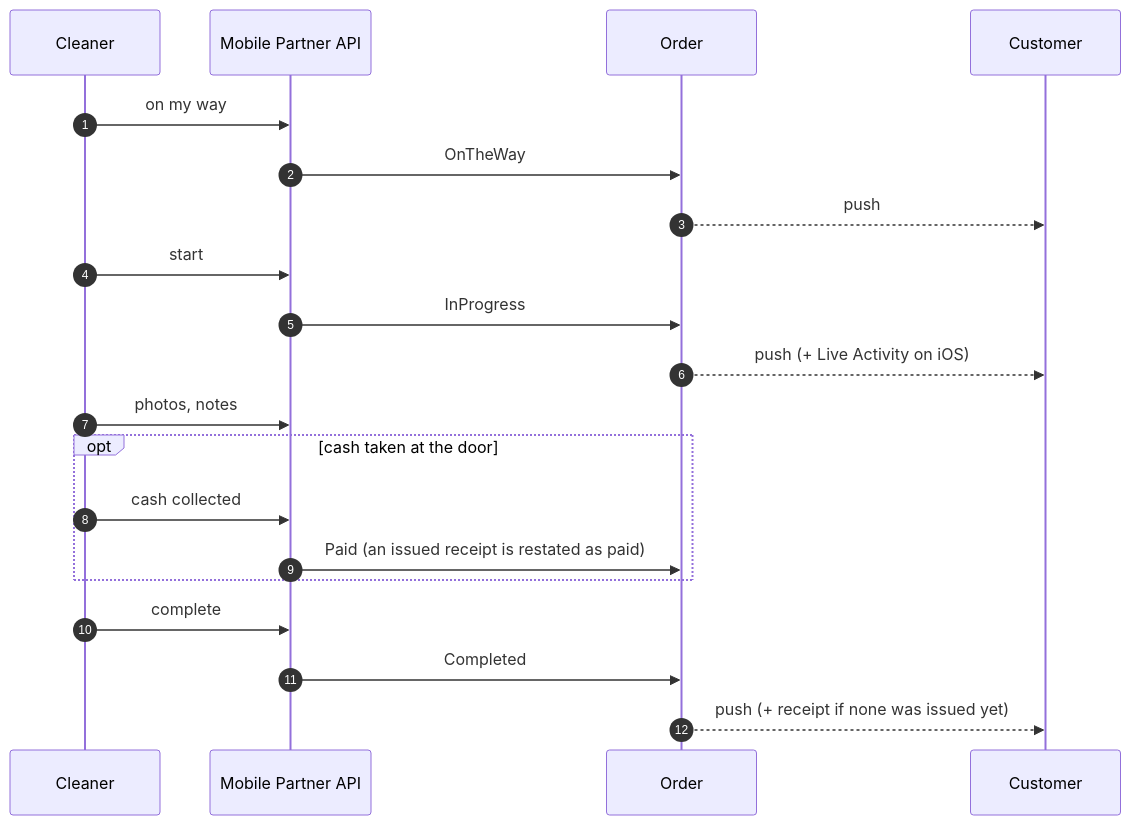
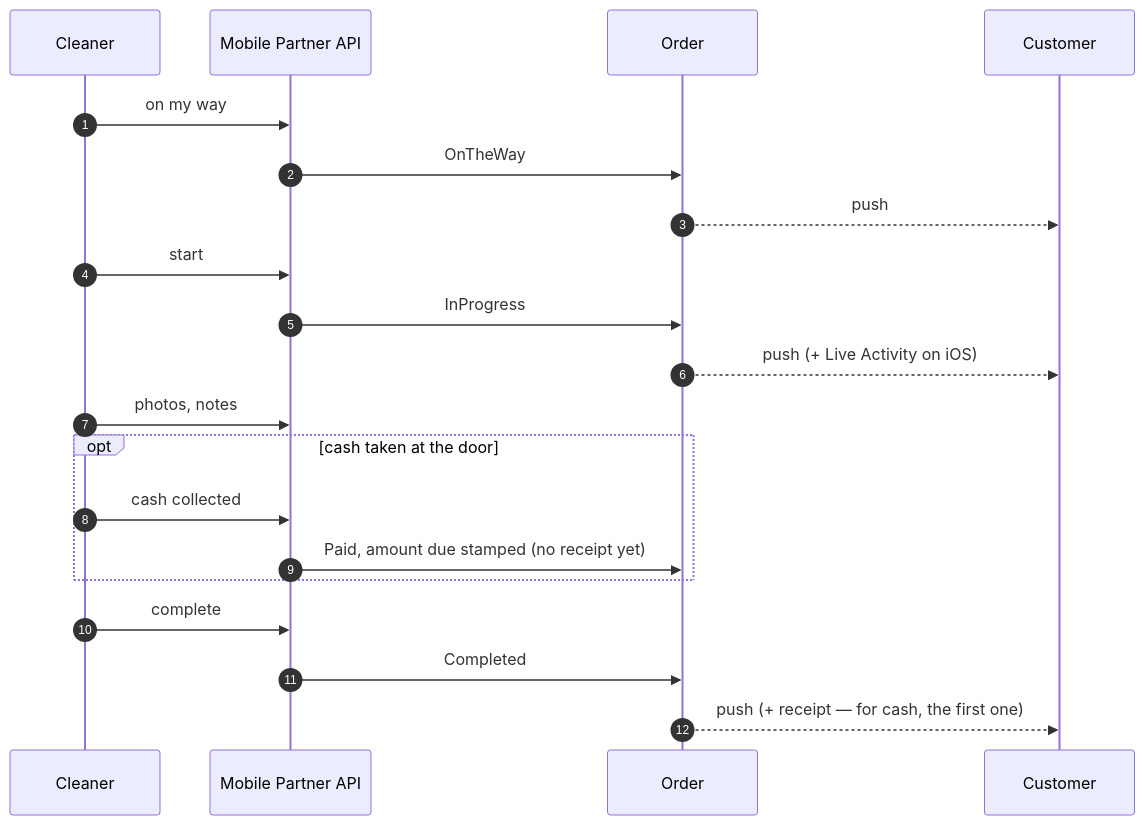
The diagram in docs/flows/execution-and-completion.md (VM-s-Solutions/cleansia), drawn with Mermaid before and after one commit. The commit also changed other lines of this file and 38 other files, not shown here.

````diff
--- a/docs/flows/execution-and-completion.md
+++ b/docs/flows/execution-and-completion.md
@@ -7,23 +7,23 @@
 ```mermaid
 sequenceDiagram
   autonumber
   participant C as Cleaner
   participant API as Mobile Partner API
   participant O as Order
   participant N as Customer
 
   C->>API: on my way
   API->>O: OnTheWay
   O-->>N: push
   C->>API: start
   API->>O: InProgress
   O-->>N: push (+ Live Activity on iOS)
   C->>API: photos, notes
   opt cash taken at the door
     C->>API: cash collected
-    API->>O: Paid (an issued receipt is restated as paid)
+    API->>O: Paid, amount due stamped (no receipt yet)
   end
   C->>API: complete
   API->>O: Completed
-  O-->>N: push (+ receipt if none was issued yet)
+  O-->>N: push (+ receipt — for cash, the first one)
 ```
````
